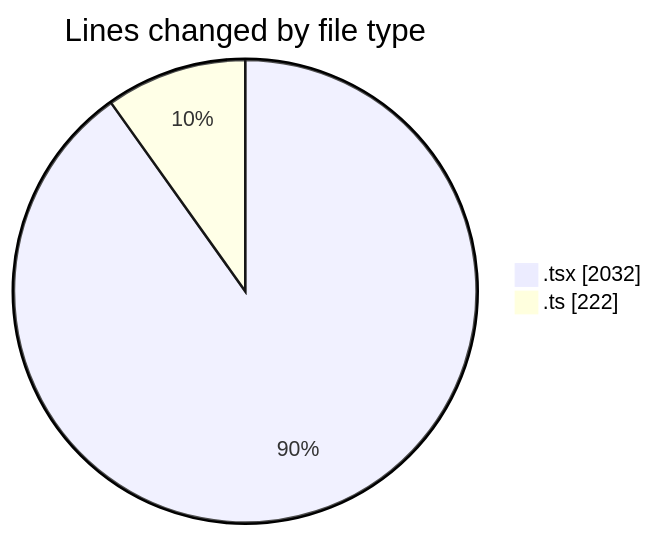
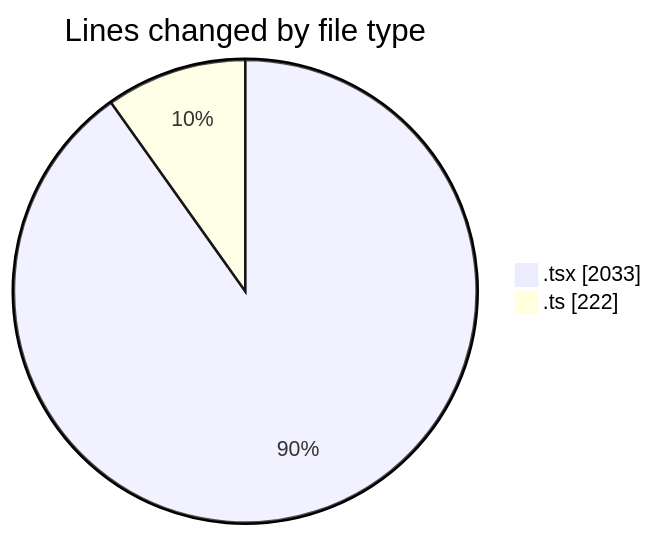
The first of 2 diagrams in 2025-03-07/mbc-web/README.md (robertbonfada/code-tracking), drawn with Mermaid before and after one commit. The commit also changed other lines of this file and 1 other file, not shown here.

````diff
--- a/2025-03-07/mbc-web/README.md
+++ b/2025-03-07/mbc-web/README.md
@@ -25,6 +26,6 @@
 ```mermaid
 pie showData
 title Lines changed by file type
-".tsx" : 2032
+".tsx" : 2033
 ".ts" : 222
 ```
````
